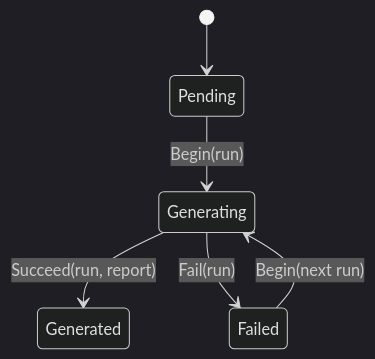
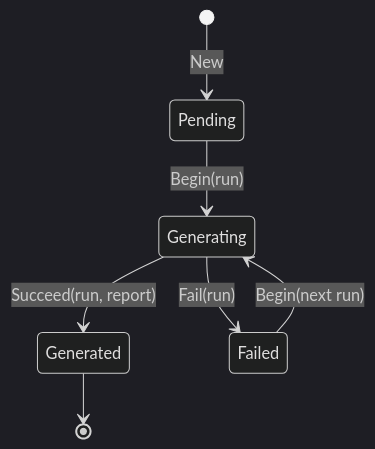
The second of 4 diagrams in docs/02-业务模块/40-interpretation/10-领域模型.md (FangcunMount/qs-server), drawn with Mermaid (dark theme) before and after one commit. The commit also changed other lines of this file and 43 other files, not shown here.

````diff
--- a/docs/02-业务模块/40-interpretation/10-领域模型.md
+++ b/docs/02-业务模块/40-interpretation/10-领域模型.md
@@ -86,8 +281,9 @@
 ```mermaid
 stateDiagram-v2
-    [*] --> Pending
+    [*] --> Pending: New
     Pending --> Generating: Begin(run)
     Generating --> Generated: Succeed(run, report)
     Generating --> Failed: Fail(run)
     Failed --> Generating: Begin(next run)
+    Generated --> [*]
 ```
````
